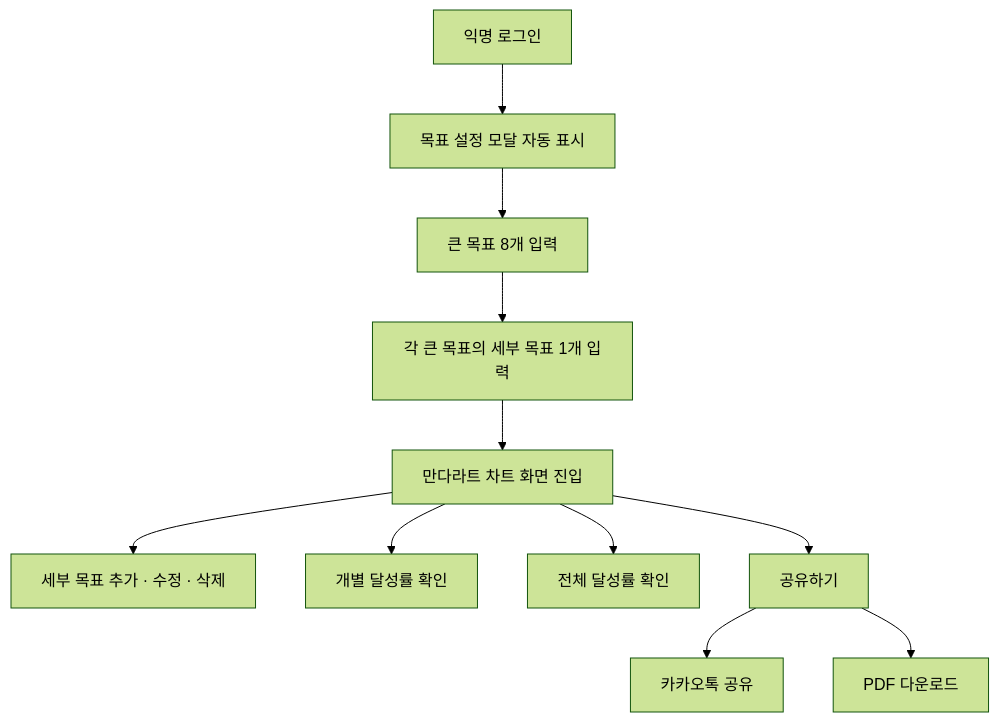
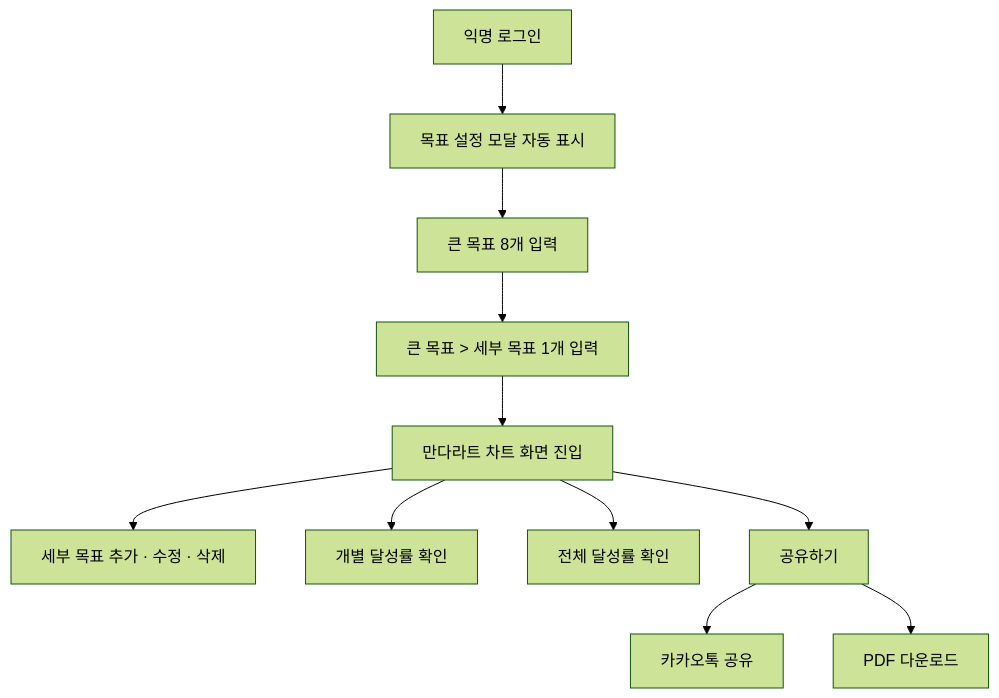
Before and after one commit to leeboa2005/mandarat-planner: the diagram in README.md, drawn with Mermaid (forest theme). The commit also changed other lines of this file, not shown here.

````diff
--- a/README.md
+++ b/README.md
@@ -107,18 +107,18 @@
 ```mermaid
 flowchart TD
     A[익명 로그인]
     A --> B[목표 설정 모달 자동 표시]
 
     B --> C[큰 목표 8개 입력]
-    C --> D[각 큰 목표의 세부 목표 1개 입력]
+    C --> D[ 큰 목표 > 세부 목표 1개 입력]
 
     D --> E[만다라트 차트 화면 진입]
 
     E --> F[세부 목표 추가 · 수정 · 삭제]
     E --> G[개별 달성률 확인]
     E --> H[전체 달성률 확인]
 
     E --> I[공유하기]
     I --> J[카카오톡 공유]
     I --> K[PDF 다운로드]
 ```
````
